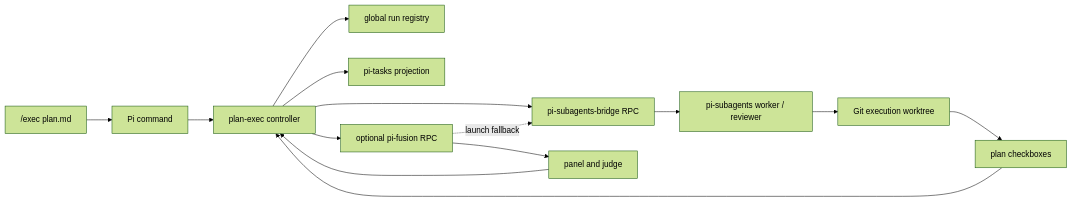
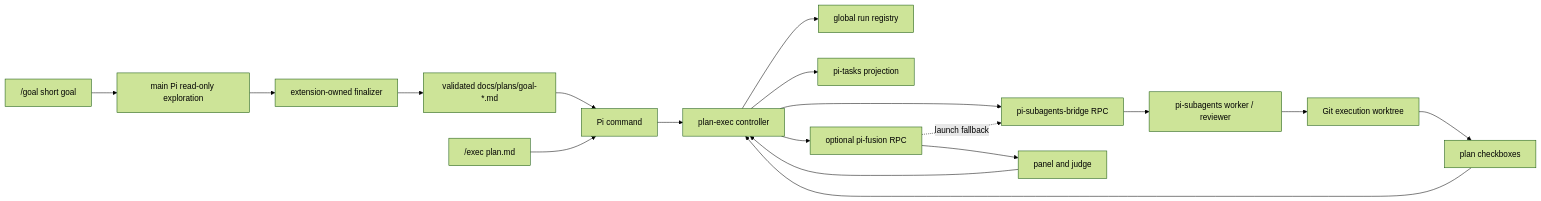
One commit to alexei-led/pi-plan-exec changed the diagram in docs/architecture.md. Above: the diagram before and after it, drawn with Mermaid (forest theme). The commit also changed other lines of this file and 12 other files, not shown here.

````diff
--- a/docs/architecture.md
+++ b/docs/architecture.md
@@ -42,16 +48,20 @@
 ```mermaid
 flowchart LR
+    goal["/goal short goal"] --> explore["main Pi read-only exploration"]
+    explore --> finalizer["extension-owned finalizer"]
+    finalizer --> prepared["validated docs/plans/goal-*.md"]
+    prepared --> command
     user["/exec plan.md"] --> command[Pi command]
     command --> controller[plan-exec controller]
     controller --> registry["global run registry"]
     controller --> projection[pi-tasks projection]
     controller --> bridge[pi-subagents-bridge RPC]
     bridge --> agents["pi-subagents worker / reviewer"]
     controller --> fusion[optional pi-fusion RPC]
     fusion --> panel[panel and judge]
     fusion -. launch fallback .-> bridge
     agents --> worktree[Git execution worktree]
     panel --> controller
     worktree --> plan[plan checkboxes]
     plan --> controller
 ```
````
